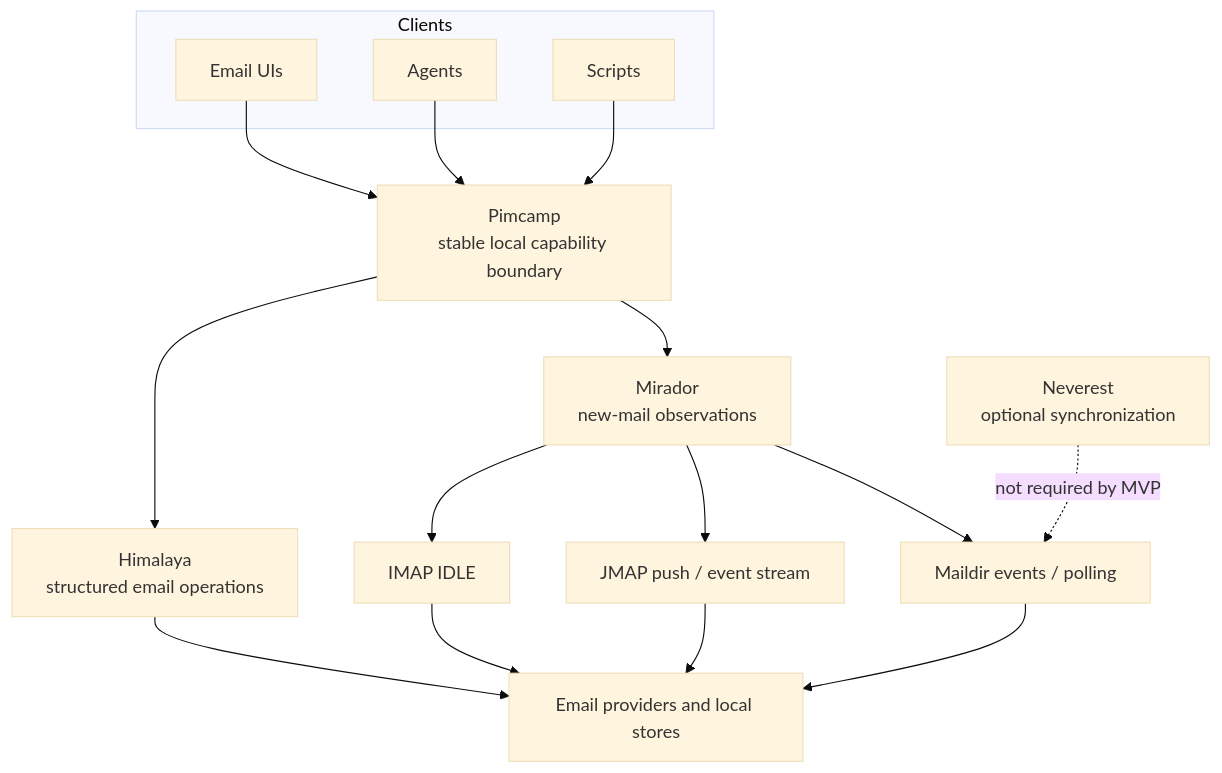
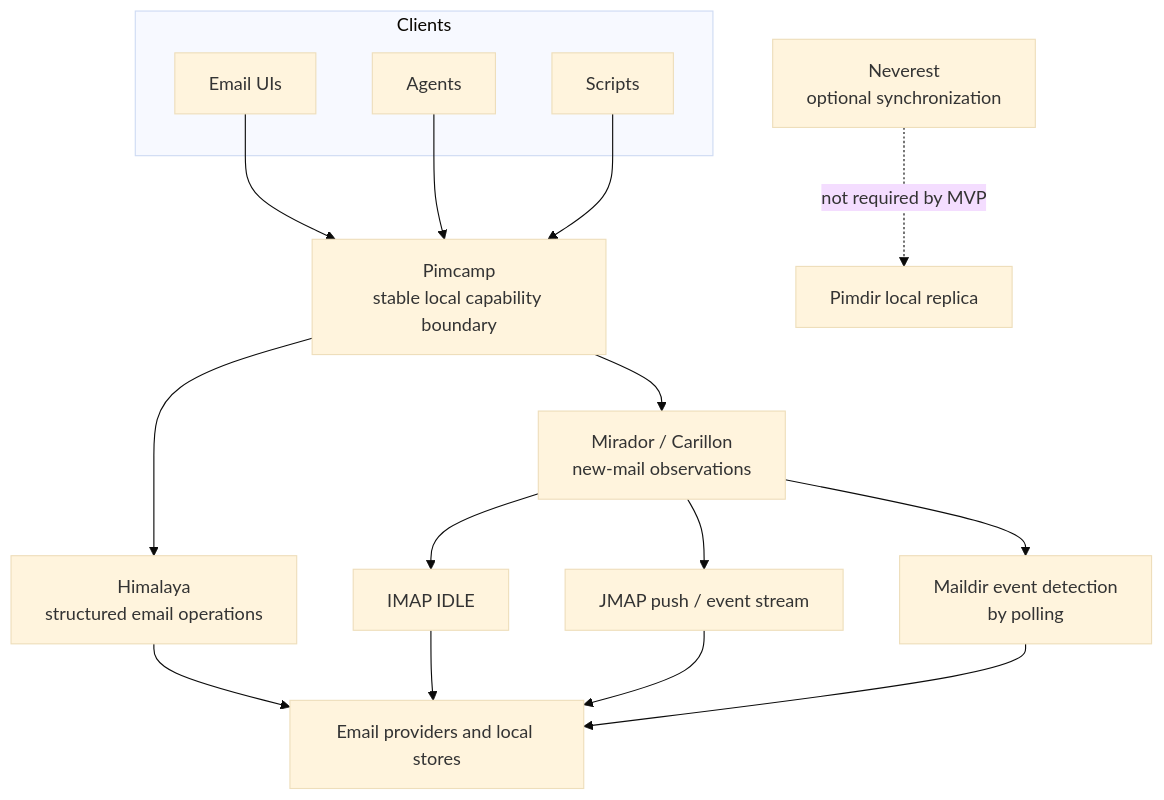
Before and after one commit to clickety-clacks/pimcamp: the diagram in README.md, drawn with Mermaid (base theme). The commit also changed other lines of this file, not shown here.

Commit message:
docs: correct Pimcamp ecosystem map

````diff
--- a/README.md
+++ b/README.md
@@ -13,27 +13,27 @@
 ```mermaid
 flowchart TB
     subgraph Clients
         UI[Email UIs]
         Agents[Agents]
         Scripts[Scripts]
     end
 
     UI --> Pimcamp
     Agents --> Pimcamp
     Scripts --> Pimcamp
 
     Pimcamp[Pimcamp<br/>stable local capability boundary]
 
     Pimcamp --> Himalaya[Himalaya<br/>structured email operations]
-    Pimcamp --> Mirador[Mirador<br/>new-mail observations]
+    Pimcamp --> Mirador[Mirador / Carillon<br/>new-mail observations]
 
     Himalaya --> Providers[Email providers and local stores]
     Mirador --> IMAP[IMAP IDLE]
     Mirador --> JMAP[JMAP push / event stream]
-    Mirador --> Maildir[Maildir events / polling]
+    Mirador --> Maildir[Maildir event detection<br/>by polling]
     IMAP --> Providers
     JMAP --> Providers
     Maildir --> Providers
 
-    Neverest[Neverest<br/>optional synchronization] -. not required by MVP .-> Maildir
+    Neverest[Neverest<br/>optional synchronization] -. not required by MVP .-> Pimdir[Pimdir local replica]
 ```
````
